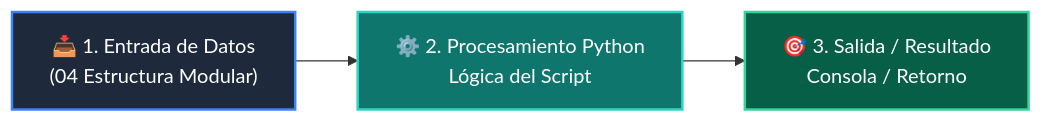
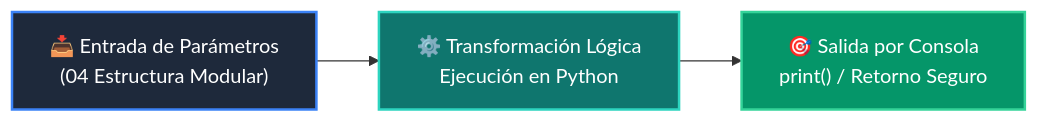
The diagram in 04-proyecto-final/clase-01-arquitectura-y-planificacion/ejemplos/ejemplo_04_estructura_modular/README.md (wisrovi/wisrovi-python), drawn with Mermaid before and after one commit. The commit also changed other lines of this file and 226 other files, not shown here.

Commit message:
docs: elevate all repository READMEs to world-class mastery standard with rich pedagogical architecture, custom Mermaids, and professional styling

````diff
--- a/04-proyecto-final/clase-01-arquitectura-y-planificacion/ejemplos/ejemplo_04_estructura_modular/README.md
+++ b/04-proyecto-final/clase-01-arquitectura-y-planificacion/ejemplos/ejemplo_04_estructura_modular/README.md
@@ -12,9 +19,9 @@
 ```mermaid
 flowchart LR
-    A["📥 1. Entrada de Datos<br/>(04 Estructura Modular)"] --> B["⚙️ 2. Procesamiento Python<br/>Lógica del Script"]
-    B --> C["🎯 3. Salida / Resultado<br/>Consola / Retorno"]
+    A["📥 Entrada de Parámetros<br/>(04 Estructura Modular)"] --> B["⚙️ Transformación Lógica<br/>Ejecución en Python"]
+    B --> C["🎯 Salida por Consola<br/>print() / Retorno Seguro"]
 
-    style A fill:#1e293b,color:#fff,stroke:#3b82f6,stroke-width:2px
-    style B fill:#0f766e,color:#fff,stroke:#2dd4bf,stroke-width:2px
-    style C fill:#065f46,color:#fff,stroke:#34d399,stroke-width:2px
+    style A fill:#1e293b,color:#ffffff,stroke:#3b82f6,stroke-width:2px
+    style B fill:#0f766e,color:#ffffff,stroke:#2dd4bf,stroke-width:2px
+    style C fill:#059669,color:#ffffff,stroke:#34d399,stroke-width:2px
 ```
````
